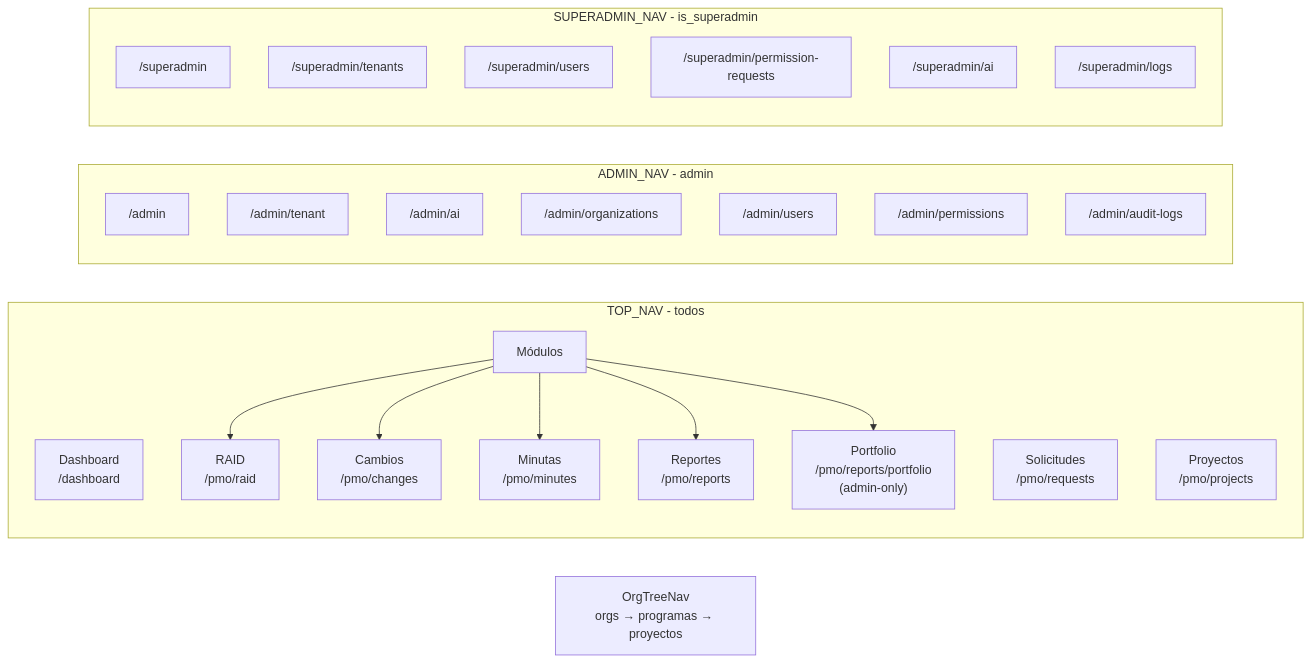
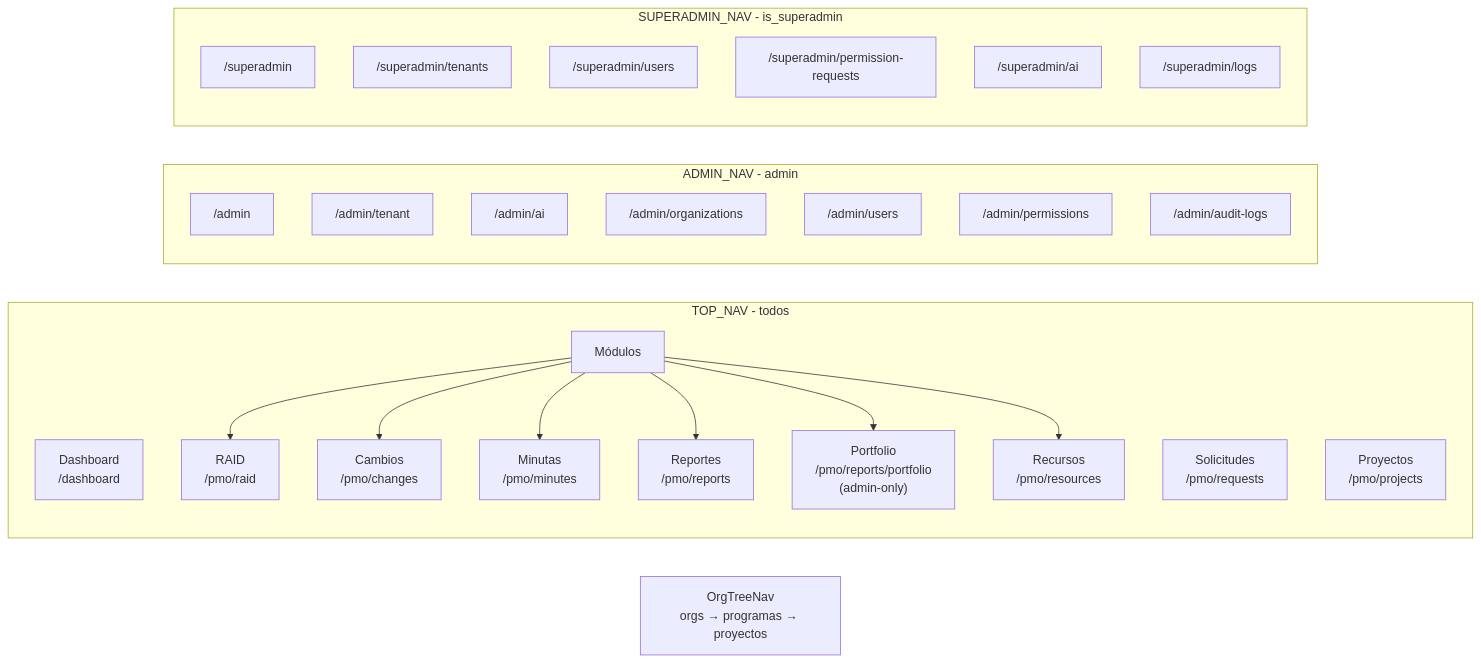
Before and after one commit to xguilxr/pmo_aas: the second of 8 diagrams in docs/architecture/navigation.md, drawn with Mermaid. The commit also changed other lines of this file and 15 other files, not shown here.

````diff
--- a/docs/architecture/navigation.md
+++ b/docs/architecture/navigation.md
@@ -134,35 +135,36 @@
 ```mermaid
 flowchart LR
     subgraph TOP_NAV ["TOP_NAV - todos"]
         N1["Dashboard<br/>/dashboard"]
         N2["Solicitudes<br/>/pmo/requests"]
         N3["Proyectos<br/>/pmo/projects"]
         N4["Módulos"]
         N4 --> N4a["RAID<br/>/pmo/raid"]
         N4 --> N4b["Cambios<br/>/pmo/changes"]
         N4 --> N4c["Minutas<br/>/pmo/minutes"]
         N4 --> N4d["Reportes<br/>/pmo/reports"]
         N4 --> N4e["Portfolio<br/>/pmo/reports/portfolio<br/>(admin-only)"]
+        N4 --> N4f["Recursos<br/>/pmo/resources"]
     end
 
     subgraph ADMIN_NAV ["ADMIN_NAV - admin"]
         A0["/admin"]
         A1["/admin/tenant"]
         A2["/admin/ai"]
         A3["/admin/organizations"]
         A4["/admin/users"]
         A5["/admin/permissions"]
         A6["/admin/audit-logs"]
     end
 
     subgraph SUPER_NAV ["SUPERADMIN_NAV - is_superadmin"]
         S1["/superadmin"]
         S2["/superadmin/tenants"]
         S3["/superadmin/users"]
         S4["/superadmin/permission-requests"]
         S5["/superadmin/ai"]
         S6["/superadmin/logs"]
     end
 
     TREE["OrgTreeNav<br/>orgs → programas → proyectos"]
 ```
````
